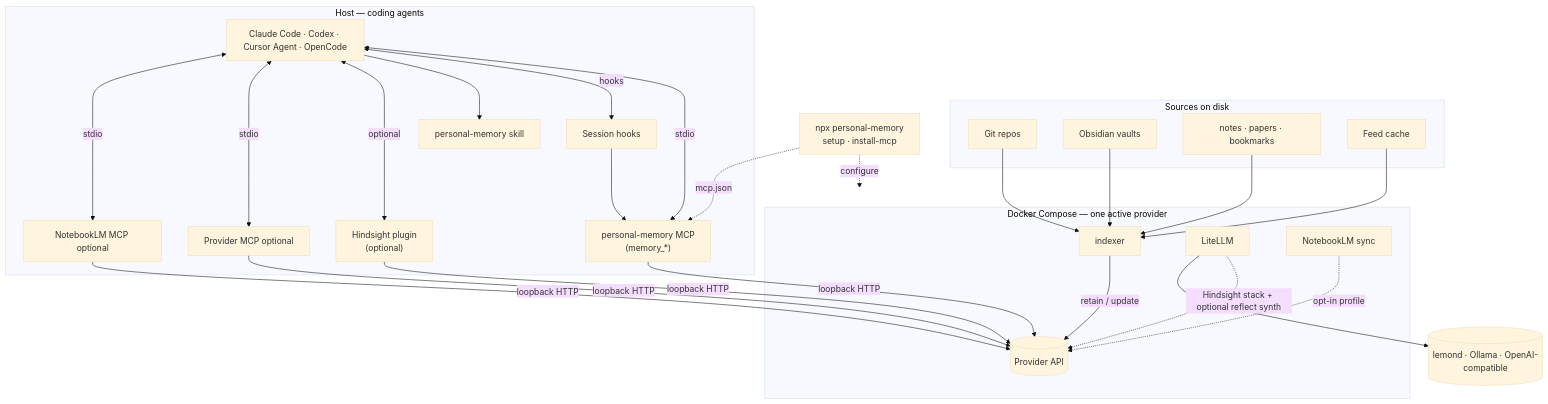
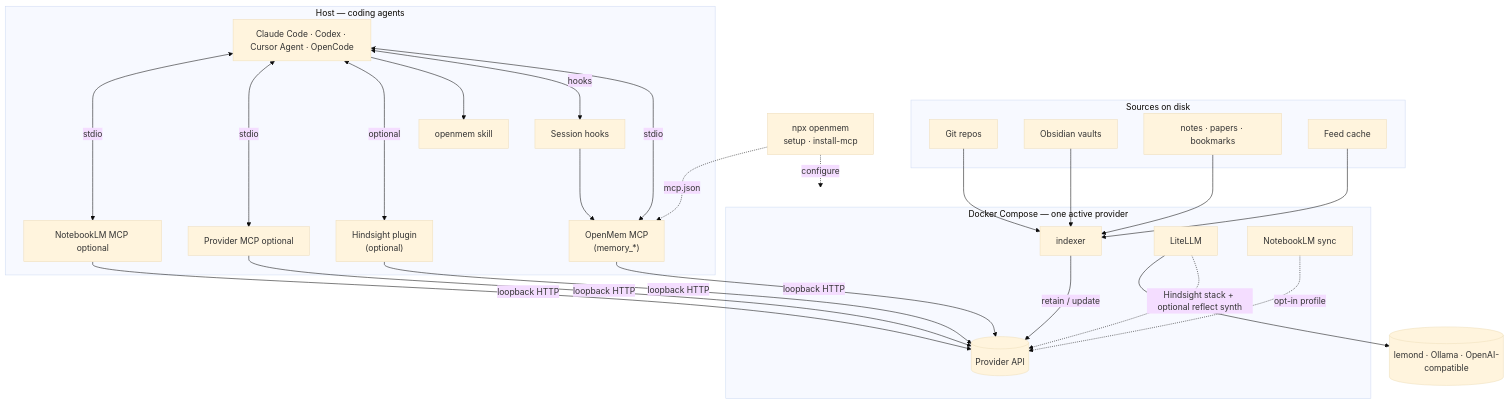
The diagram in README.md (bcmyguest/openmem), drawn with Mermaid (base theme) before and after one commit. The commit also changed other lines of this file and 8 other files, not shown here.

First line of the commit message:
chore(rebrand): rename project to OpenMem (v0.6.0)

````diff
--- a/README.md
+++ b/README.md
@@ -43,50 +46,50 @@
 ```mermaid
 flowchart TB
   subgraph disk["Sources on disk"]
     GIT[Git repos]
     OBS[Obsidian vaults]
     MD[notes · papers · bookmarks]
     FEED[Feed cache]
   end
 
   subgraph compose["Docker Compose — one active provider"]
     IDX[indexer]
     PROV[(Provider API)]
     IDX -->|retain / update| PROV
     LIT[LiteLLM]
     NLM[NotebookLM sync]
     LIT -.->|Hindsight stack + optional reflect synth| PROV
     NLM -.->|opt-in profile| PROV
   end
 
   LIT --> LLM[(lemond · Ollama · OpenAI-compatible)]
 
   subgraph host["Host — coding agents"]
     AG[Claude Code · Codex · Cursor Agent · OpenCode]
-    UMCP["personal-memory MCP\n(memory_*)"]
+    UMCP["OpenMem MCP\n(memory_*)"]
     SHIM["Session hooks"]
     PLG["Hindsight plugin\n(optional)"]
-    SKILL["personal-memory skill"]
+    SKILL["openmem skill"]
     PMCP[Provider MCP optional]
     NLMCP[NotebookLM MCP optional]
   end
 
   GIT --> IDX
   OBS --> IDX
   MD --> IDX
   FEED --> IDX
   AG <-->|stdio| UMCP
   AG <-->|hooks| SHIM
   AG --> SKILL
   AG <-->|optional| PLG
   SHIM --> UMCP
   AG <-->|stdio| PMCP
   AG <-->|stdio| NLMCP
   UMCP -->|loopback HTTP| PROV
   PLG -->|loopback HTTP| PROV
   PMCP -->|loopback HTTP| PROV
   NLMCP -->|loopback HTTP| PROV
 
-  W["npx personal-memory\nsetup · install-mcp"] -.->|configure| compose
+  W["npx openmem\nsetup · install-mcp"] -.->|configure| compose
   W -.->|mcp.json| UMCP
 ```
````
